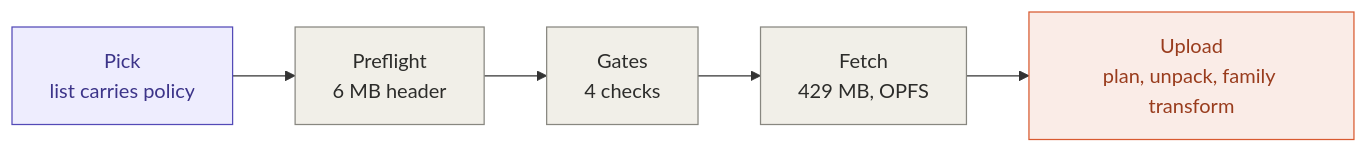
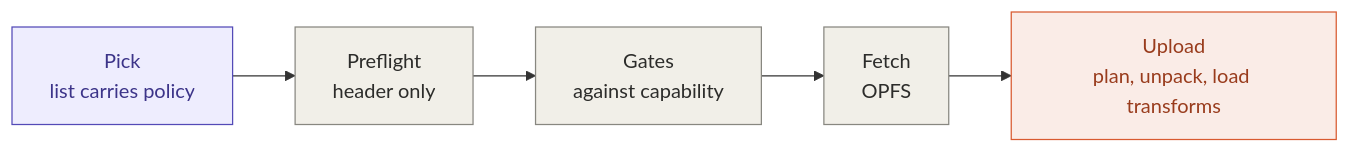
Before and after one commit to plainsight-systems/browser-llm: the first of 3 diagrams in docs/architecture/logical-overview.md, drawn with Mermaid. The commit also changed other lines of this file and 2 other files, not shown here.

````diff
--- a/docs/architecture/logical-overview.md
+++ b/docs/architecture/logical-overview.md
@@ -21,12 +22,12 @@
 ```mermaid
 flowchart LR
-    pick["Pick<br/>list carries policy"] --> pf["Preflight<br/>6 MB header"]
-    pf --> gates["Gates<br/>4 checks"]
-    gates --> fetch["Fetch<br/>429 MB, OPFS"]
-    fetch --> upload["Upload<br/>plan, unpack, family transform"]
+    pick["Pick<br/>list carries policy"] --> pf["Preflight<br/>header only"]
+    pf --> gates["Gates<br/>against capability"]
+    gates --> fetch["Fetch<br/>OPFS"]
+    fetch --> upload["Upload<br/>plan, unpack, load transforms"]
     classDef default fill:#F1EFE8,stroke:#888780,color:#2C2C2A
     classDef fork fill:#FAECE7,stroke:#D85A30,color:#993C1D
     classDef policy fill:#EEEDFE,stroke:#534AB7,color:#3C3489
     class upload fork
     class pick policy
 ```
````
